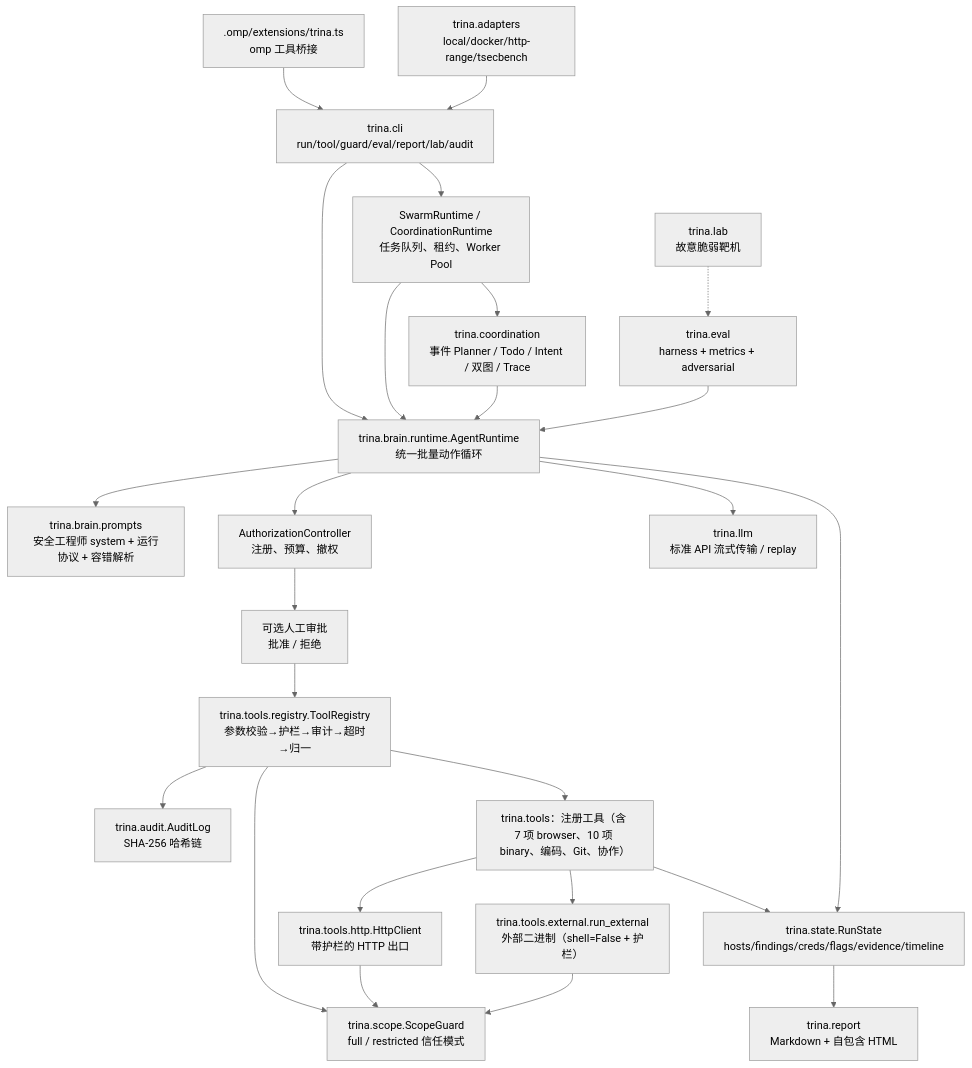
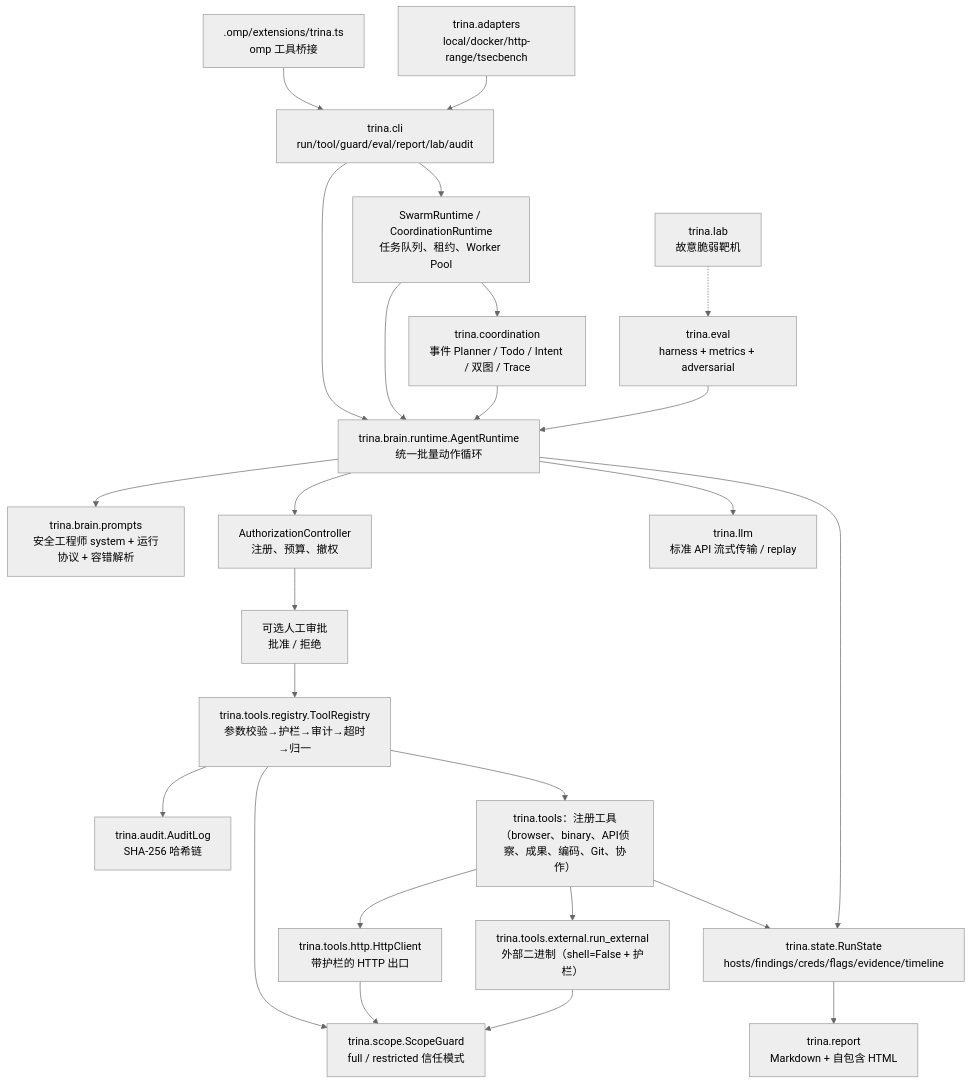
Before and after one commit to YHalo-wyh/Trina: the diagram in docs/ARCHITECTURE.md, drawn with Mermaid (neutral theme). The commit also changed other lines of this file and 37 other files, not shown here.

````diff
--- a/docs/ARCHITECTURE.md
+++ b/docs/ARCHITECTURE.md
@@ -13,42 +13,42 @@
 ```mermaid
 flowchart TB
     CLI["trina.cli<br/>run/tool/guard/eval/report/lab/audit"]
     OMPEXT[".omp/extensions/trina.ts<br/>omp 工具桥接"]
     AGENT["trina.brain.runtime.AgentRuntime<br/>统一批量动作循环"]
     SCHED["SwarmRuntime / CoordinationRuntime<br/>任务队列、租约、Worker Pool"]
     PROMPTS["trina.brain.prompts<br/>安全工程师 system + 运行协议 + 容错解析"]
     POLICY["AuthorizationController<br/>注册、预算、撤权"]
     APPROVAL["可选人工审批<br/>批准 / 拒绝"]
     REG["trina.tools.registry.ToolRegistry<br/>参数校验→护栏→审计→超时→归一"]
     GUARD["trina.scope.ScopeGuard<br/>full / restricted 信任模式"]
     AUDIT["trina.audit.AuditLog<br/>SHA-256 哈希链"]
     STATE["trina.state.RunState<br/>hosts/findings/creds/flags/evidence/timeline"]
     COORD["trina.coordination<br/>事件 Planner / Todo / Intent / 双图 / Trace"]
-    TOOLS["trina.tools：注册工具（含 7 项 browser、10 项 binary、编码、Git、协作）"]
+    TOOLS["trina.tools：注册工具（browser、binary、API侦察、成果、编码、Git、协作）"]
     HTTP["trina.tools.http.HttpClient<br/>带护栏的 HTTP 出口"]
     EXT["trina.tools.external.run_external<br/>外部二进制（shell=False + 护栏）"]
     LLM["trina.llm<br/>标准 API 流式传输 / replay"]
     ADAPT["trina.adapters<br/>local/docker/http-range/tsecbench"]
     EVAL["trina.eval<br/>harness + metrics + adversarial"]
     LAB["trina.lab<br/>故意脆弱靶机"]
     REPORT["trina.report<br/>Markdown + 自包含 HTML"]
 
     CLI --> AGENT
     CLI --> SCHED --> COORD
     OMPEXT --> CLI
     SCHED --> AGENT --> PROMPTS
     AGENT --> LLM
     COORD --> AGENT
     AGENT --> POLICY --> APPROVAL --> REG
     REG --> GUARD
     REG --> AUDIT
     REG --> TOOLS
     TOOLS --> HTTP --> GUARD
     TOOLS --> EXT --> GUARD
     TOOLS --> STATE
     AGENT --> STATE
     STATE --> REPORT
     ADAPT --> CLI
     EVAL --> AGENT
     LAB -.-> EVAL
 ```
````
